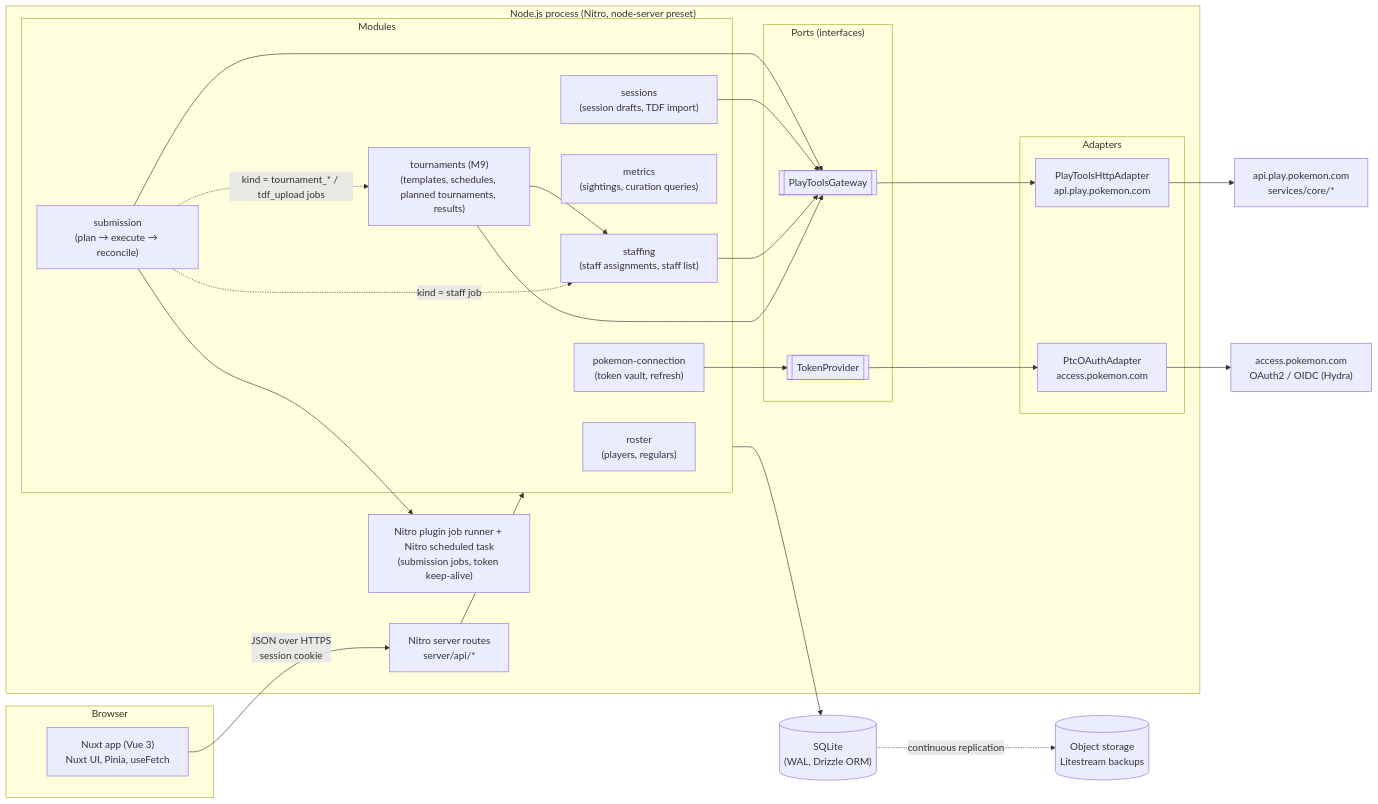
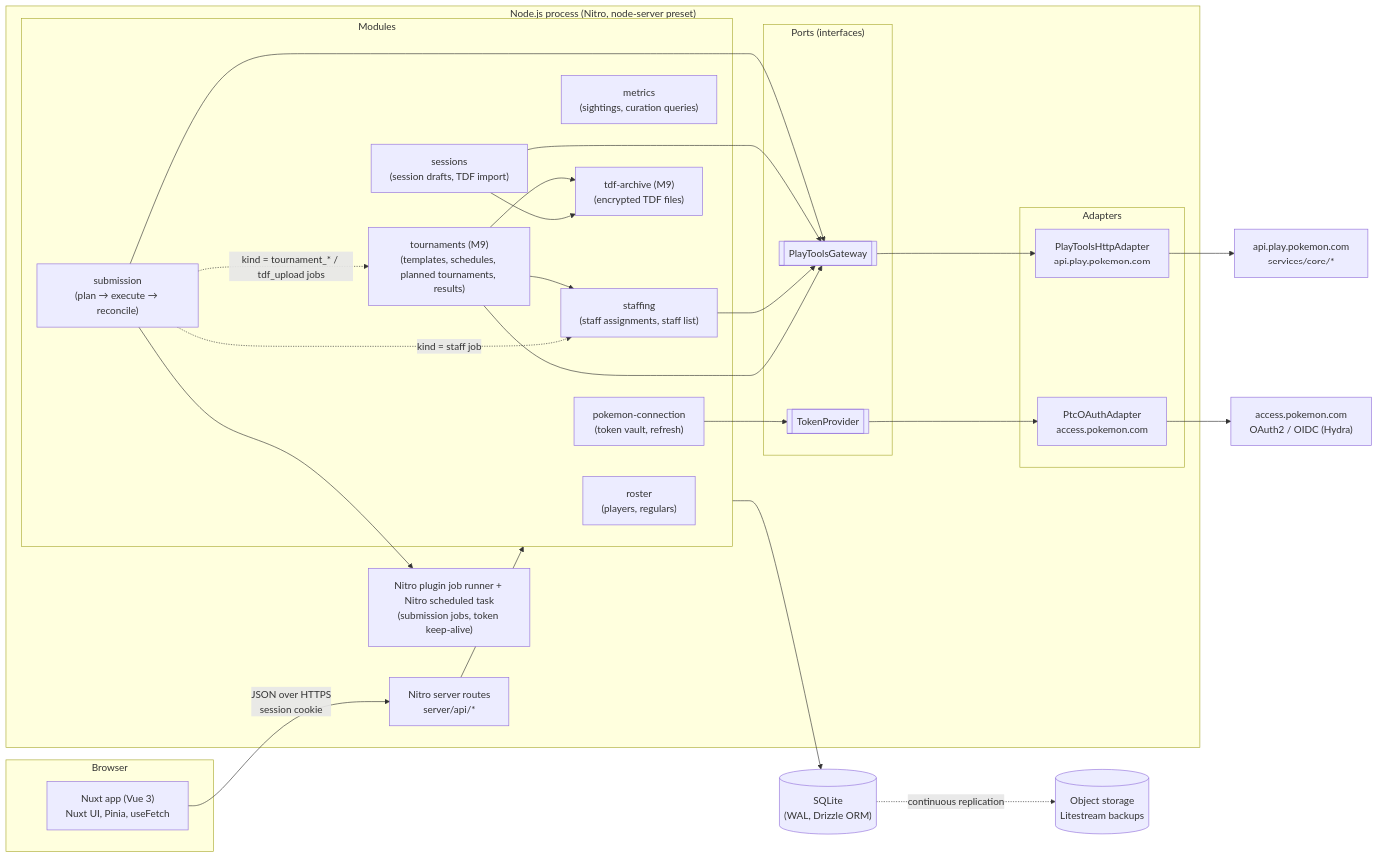
The first of 7 diagrams in docs/architecture/README.md (Towerism/play-pokemon-attendance-web), drawn with Mermaid before and after one commit. The commit also changed other lines of this file and 3 other files, not shown here.

First line of the commit message:
docs(architecture): keep TDF files encrypted at rest (ADR-0012)

````diff
--- a/docs/architecture/README.md
+++ b/docs/architecture/README.md
@@ -62,47 +62,50 @@
 ```mermaid
 flowchart LR
   subgraph Browser
     SPA["Nuxt app (Vue 3)<br/>Nuxt UI, Pinia, useFetch"]
   end
 
   subgraph Server["Node.js process (Nitro, node-server preset)"]
     API["Nitro server routes<br/>server/api/*"]
     subgraph Modules
       ROSTER["roster<br/>(players, regulars)"]
       SESSION["sessions<br/>(session drafts, TDF import)"]
       SUBMIT["submission<br/>(plan → execute → reconcile)"]
       METRICS["metrics<br/>(sightings, curation queries)"]
       STAFF["staffing<br/>(staff assignments, staff list)"]
       TOURN["tournaments (M9)<br/>(templates, schedules, planned tournaments, results)"]
+      TDFA["tdf-archive (M9)<br/>(encrypted TDF files)"]
       PCONN["pokemon-connection<br/>(token vault, refresh)"]
     end
     JOBS["Nitro plugin job runner + Nitro scheduled task<br/>(submission jobs, token keep-alive)"]
     subgraph Ports["Ports (interfaces)"]
       P1[[TokenProvider]]
       P2[[PlayToolsGateway]]
     end
     subgraph Adapters
       A1["PtcOAuthAdapter<br/>access.pokemon.com"]
       A2["PlayToolsHttpAdapter<br/>api.play.pokemon.com"]
     end
   end
 
   DB[("SQLite<br/>(WAL, Drizzle ORM)")]
   BK[("Object storage<br/>Litestream backups")]
   PTC["access.pokemon.com<br/>OAuth2 / OIDC (Hydra)"]
   OP["api.play.pokemon.com<br/>services/core/*"]
 
   SPA -- "JSON over HTTPS<br/>session cookie" --> API
   API --> Modules
   SUBMIT --> JOBS
   PCONN --> P1 --> A1 --> PTC
   SUBMIT --> P2 --> A2 --> OP
   SESSION --> P2
   STAFF --> P2
   TOURN --> P2
   TOURN --> STAFF
+  TOURN --> TDFA
+  SESSION --> TDFA
   SUBMIT -. "kind = tournament_* / tdf_upload jobs" .-> TOURN
   SUBMIT -. "kind = staff job" .-> STAFF
   Modules --> DB
   DB -. continuous replication .-> BK
 ```
````
